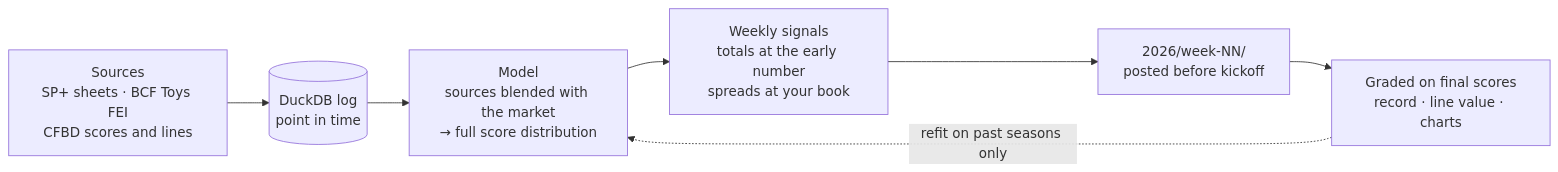
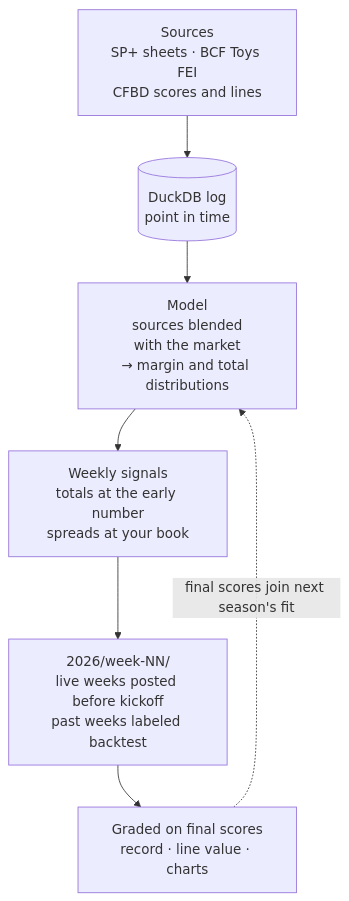
One commit to RohanRepala0/CollegeFootballRatings2026 changed the diagram in README.md. Above: the diagram before and after it, drawn with Mermaid. The commit also changed 1 other file, not shown here.

Commit message:
Correct the architecture diagrams against the code
- README overview: top-to-bottom, so it fits GitHub's column; past
  weeks are labeled backtest; final scores feed the next season's fit.
- End-to-end chart: CFBD games are written with their own ids, while
  SP+ and BCF rows go through team matching. Lines live alongside games.
  bets come from you (log-bet, settle), not fetch.py. Totals are priced
  by totals.py, not pricing.py. Backtest weeks are written by the
  walk-forward pass. data/raw/ is on disk, next to the DuckDB log.
- Sequence diagram: real commands and flags, what each ingest writes.
- Tables: team_aliases and source_ratings are not read by the model;
  exclusions is written by every backtest run and read by status.

Claude-Session: https://claude.ai/code/session_0159i4mMAddotb85D962zzsM

````diff
--- a/README.md
+++ b/README.md
@@ -11,9 +11,9 @@
 ```mermaid
-flowchart LR
+flowchart TB
     SRC["Sources<br/>SP+ sheets · BCF Toys FEI<br/>CFBD scores and lines"] --> LOG[("DuckDB log<br/>point in time")]
-    LOG --> MODEL["Model<br/>sources blended with the market<br/>→ full score distribution"]
+    LOG --> MODEL["Model<br/>sources blended<br/>with the market<br/>→ margin and total distributions"]
     MODEL --> SIG["Weekly signals<br/>totals at the early number<br/>spreads at your book"]
-    SIG --> POST["2026/week-NN/<br/>posted before kickoff"]
+    SIG --> POST["2026/week-NN/<br/>live weeks posted before kickoff<br/>past weeks labeled backtest"]
     POST --> GRADE["Graded on final scores<br/>record · line value · charts"]
-    GRADE -. "refit on past seasons only" .-> MODEL
+    GRADE -. "final scores join next season's fit" .-> MODEL
 ```
````
